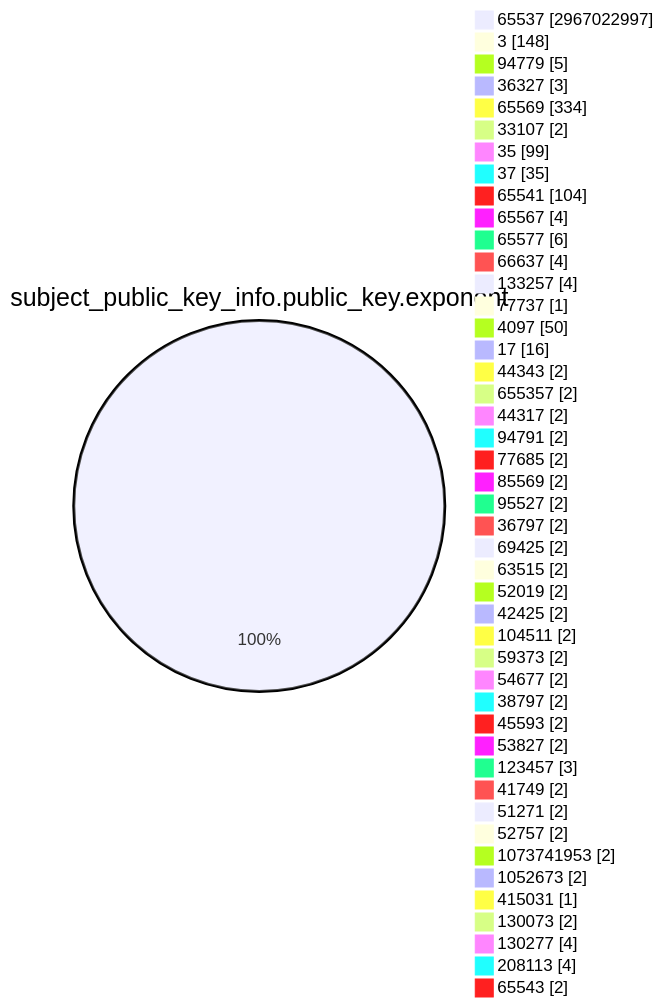
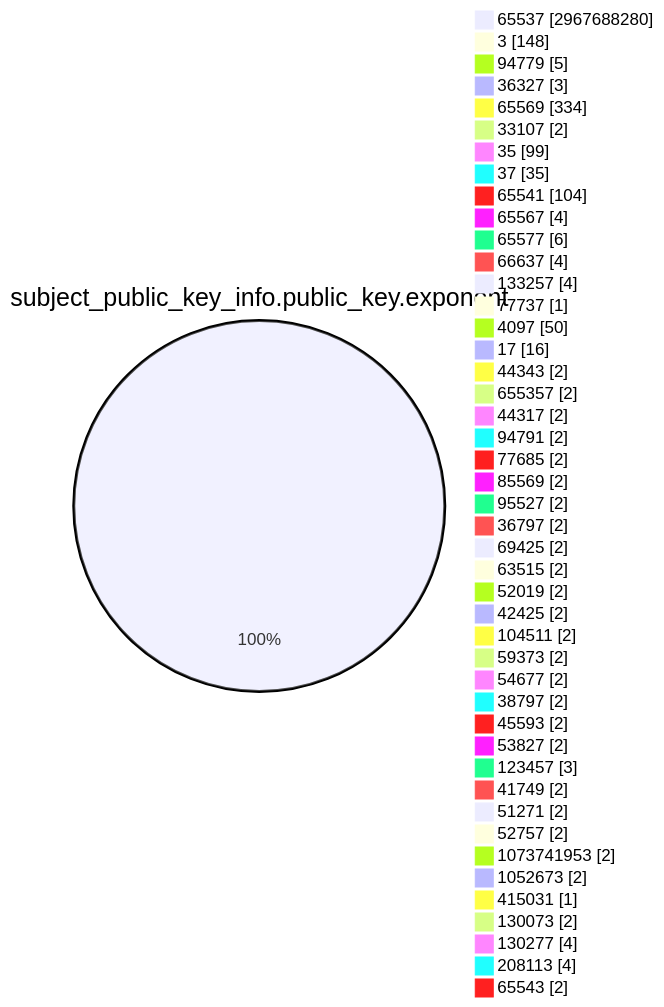
Before and after one commit to christiankrug/ctmonitor_visualization: the fourth of 15 diagrams in TOTAL/README.md, drawn with Mermaid. The commit also changed other lines of this file, not shown here.

````diff
--- a/TOTAL/README.md
+++ b/TOTAL/README.md
@@ -1471,49 +1471,49 @@
 ```mermaid
 pie showData
 title subject_public_key_info.public_key.exponent
-"65537" :2967022997
+"65537" :2967688280
 "3" :148
 "94779" :5
 "36327" :3
 "65569" :334
 "33107" :2
 "35" :99
 "37" :35
 "65541" :104
 "65567" :4
 "65577" :6
 "66637" :4
 "133257" :4
 "77737" :1
 "4097" :50
 "17" :16
 "44343" :2
 "655357" :2
 "44317" :2
 "94791" :2
 "77685" :2
 "85569" :2
 "95527" :2
 "36797" :2
 "69425" :2
 "63515" :2
 "52019" :2
 "42425" :2
 "104511" :2
 "59373" :2
 "54677" :2
 "38797" :2
 "45593" :2
 "53827" :2
 "123457" :3
 "41749" :2
 "51271" :2
 "52757" :2
 "1073741953" :2
 "1052673" :2
 "415031" :1
 "130073" :2
 "130277" :4
 "208113" :4
 "65543" :2
 ```
````
